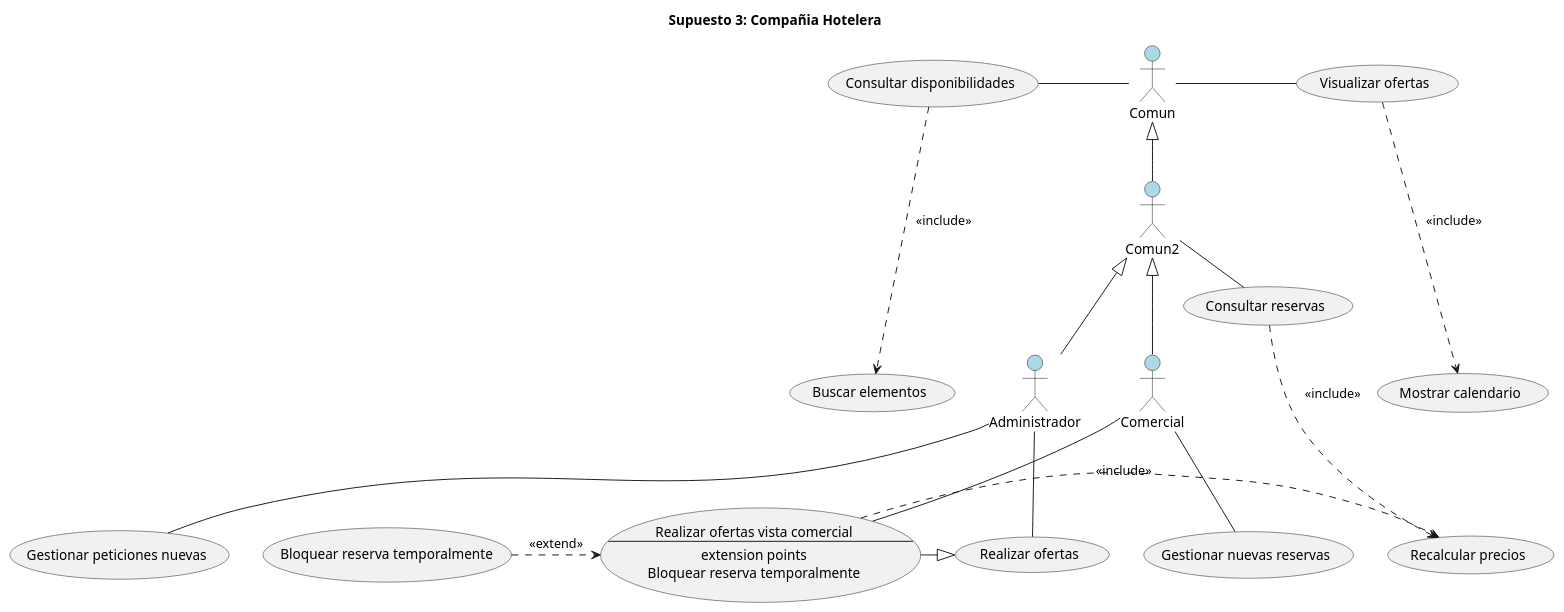
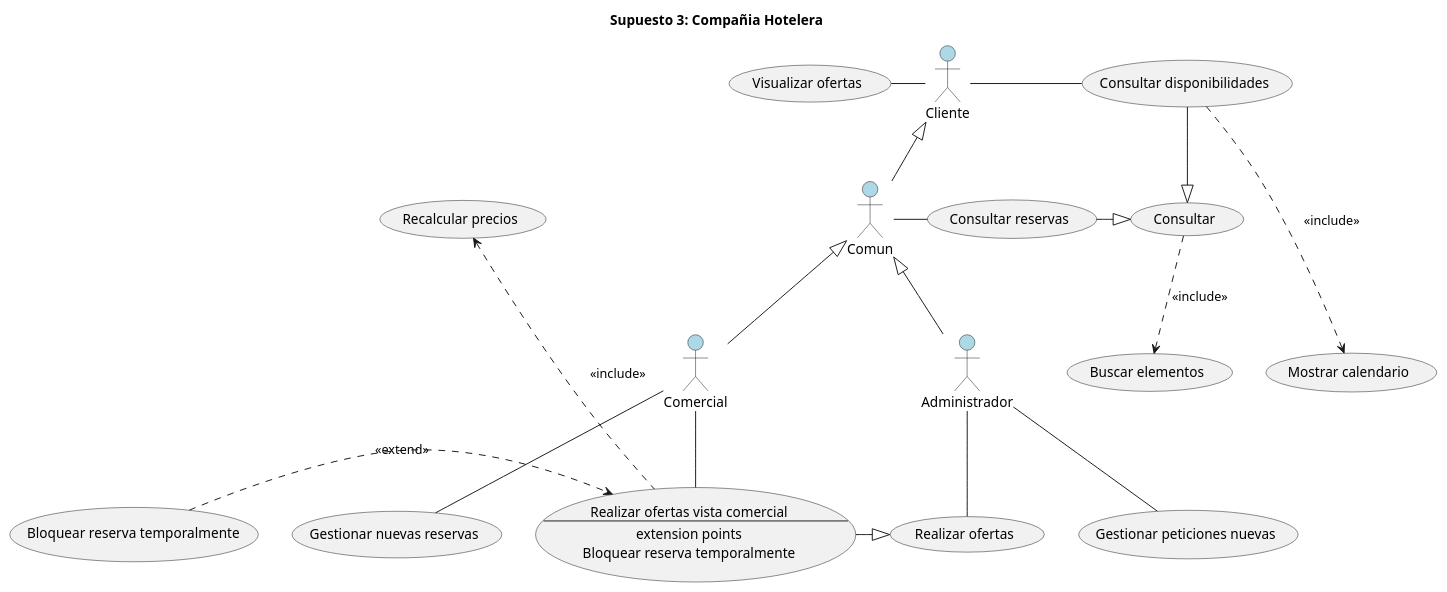
The diagram in lab0/src/compañiaHotelera.puml (ags000/INRE-UAL-TURQUESA-2022), drawn with PlantUML before and after one commit. The commit also changed 1 other file, not shown here.

```diff
--- a/lab0/src/compañiaHotelera.puml
+++ b/lab0/src/compañiaHotelera.puml
@@ -1,45 +1,48 @@
 @startuml compañiaHotelera
 title Supuesto 3: Compañia Hotelera
 
+actor Cliente #LightBlue
 actor Comun #LightBlue
-actor Comun2 #LightBlue
 actor Comercial #LightBlue
 actor Administrador #LightBlue
 
 /'Herencias'/
-Comun2 -up-|> Comun
-Administrador -up-|> Comun2
-Comercial -up-|> Comun2
+Comun -up-|> Cliente
+Administrador -up-|> Comun
+Comercial -up-|> Comun
 
 /'Casos de uso'/
 "Consultar disponibilidades" as (CD)
 "Mostrar calendario" as (MC)
 "Visualizar ofertas" as (VO)
 "Buscar elementos" as (BE)
 "Consultar reservas" as (CR)
 "Recalcular precios" as (RP)
 "Bloquear reserva temporalmente" as (BRT)
 "Realizar ofertas" as (RO)
 "Gestionar peticiones nuevas" as (GPN)
 "Gestionar nuevas reservas" as (GNR)
+"Mostrar calendario" as (MC)
+"Consultar" as (C)  
 
 usecase ROV as "Realizar ofertas vista comercial
 --
 extension points
 Bloquear reserva temporalmente"
 
 /'Relaciones casos de uso'/
-Comun -right- (VO)
-Comun -left- (CD)
-(CD) .-down-> (BE) : <<include>>
-(VO) .-down-> (MC) : <<include>>
-Comun2 - (CR)
-(CR) .> (RP) : <<include>>
+Cliente -left- (VO)
+Cliente -right- (CD)
+(CD) .-down-> (MC) : <<include>>
+Comun - (CR)
 Administrador -down- (RO)
 Administrador -down- (GPN)
 Comercial -down- (GNR)
 Comercial -down- (ROV)
-(ROV) .> (RP) : <<include>>
+(ROV) .-up-> (RP) : <<include>>
 (BRT) .> (ROV) : <<extend>>
 (ROV) -|> (RO)
+(CD) -|> (C)
+(CR) -|> (C)
+(C) .-> (BE) : <<include>>
 @enduml
```
